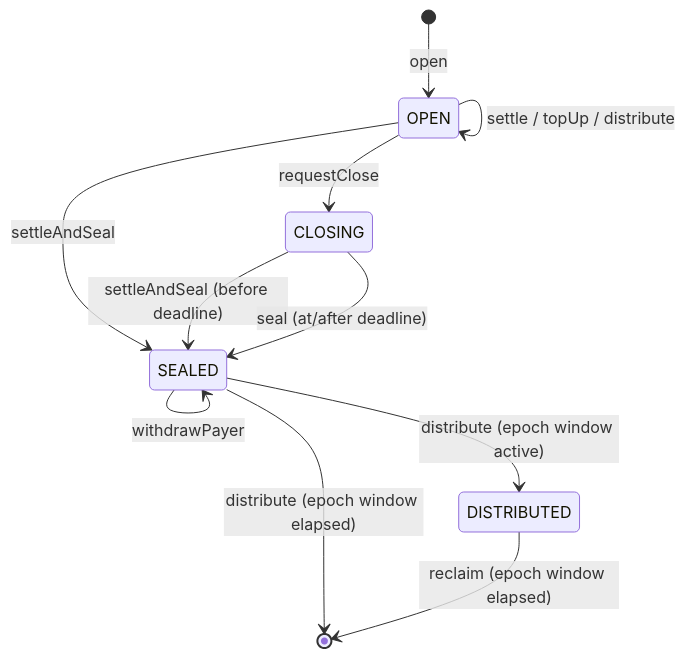
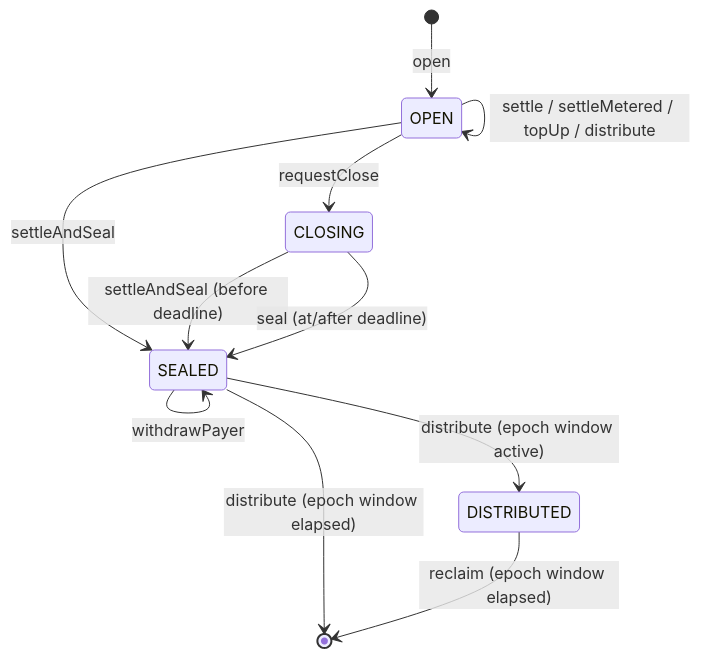
One commit to solana-foundation/payment-channels changed the diagram in docs/001-payment-channel-state-machine.md. Above: the diagram before and after it, drawn with Mermaid. The commit also changed other lines of this file and 4 other files, not shown here.

````diff
--- a/docs/001-payment-channel-state-machine.md
+++ b/docs/001-payment-channel-state-machine.md
@@ -150,13 +154,13 @@
 ```mermaid
 stateDiagram-v2
     [*] --> OPEN: open
-    OPEN --> OPEN: settle / topUp / distribute
+    OPEN --> OPEN: settle / settleMetered / topUp / distribute
     OPEN --> SEALED: settleAndSeal
     OPEN --> CLOSING: requestClose
     CLOSING --> SEALED: settleAndSeal (before deadline)
     CLOSING --> SEALED: seal (at/after deadline)
     SEALED --> SEALED: withdrawPayer
     SEALED --> DISTRIBUTED: distribute (epoch window active)
     SEALED --> [*]: distribute (epoch window elapsed)
     DISTRIBUTED --> [*]: reclaim (epoch window elapsed)
 ```
````
